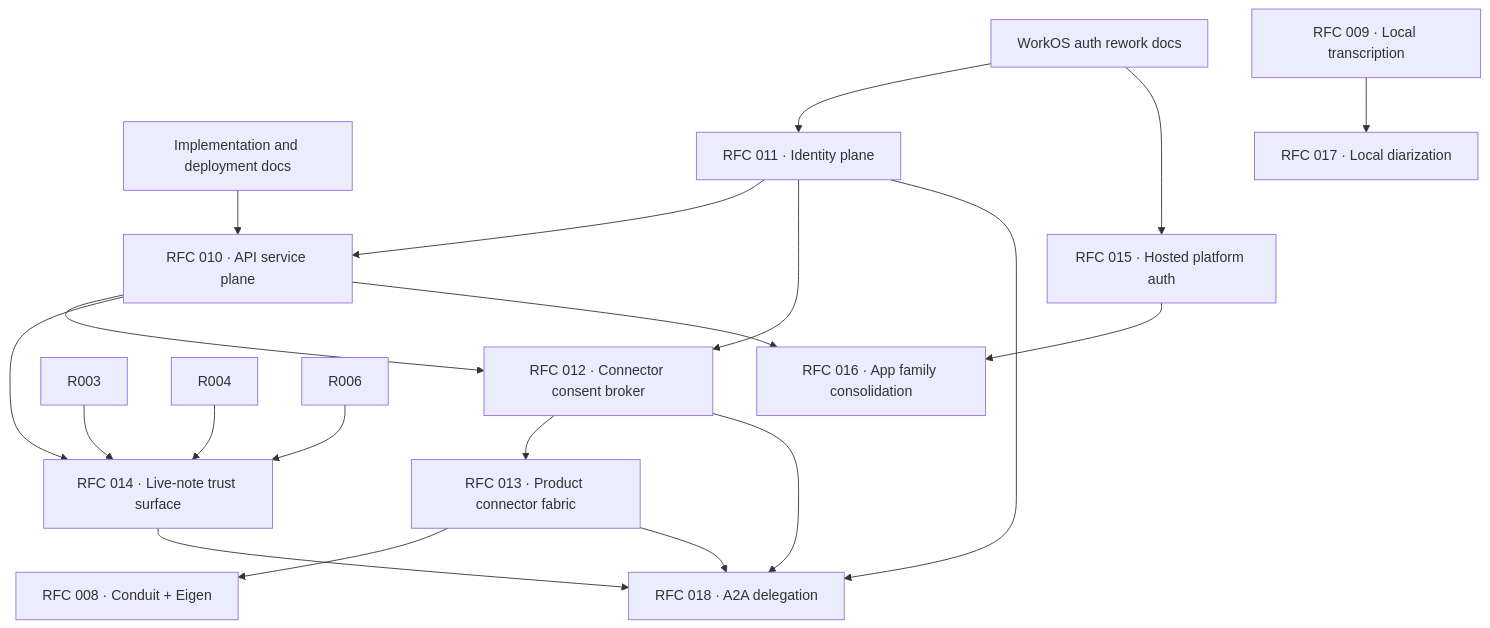
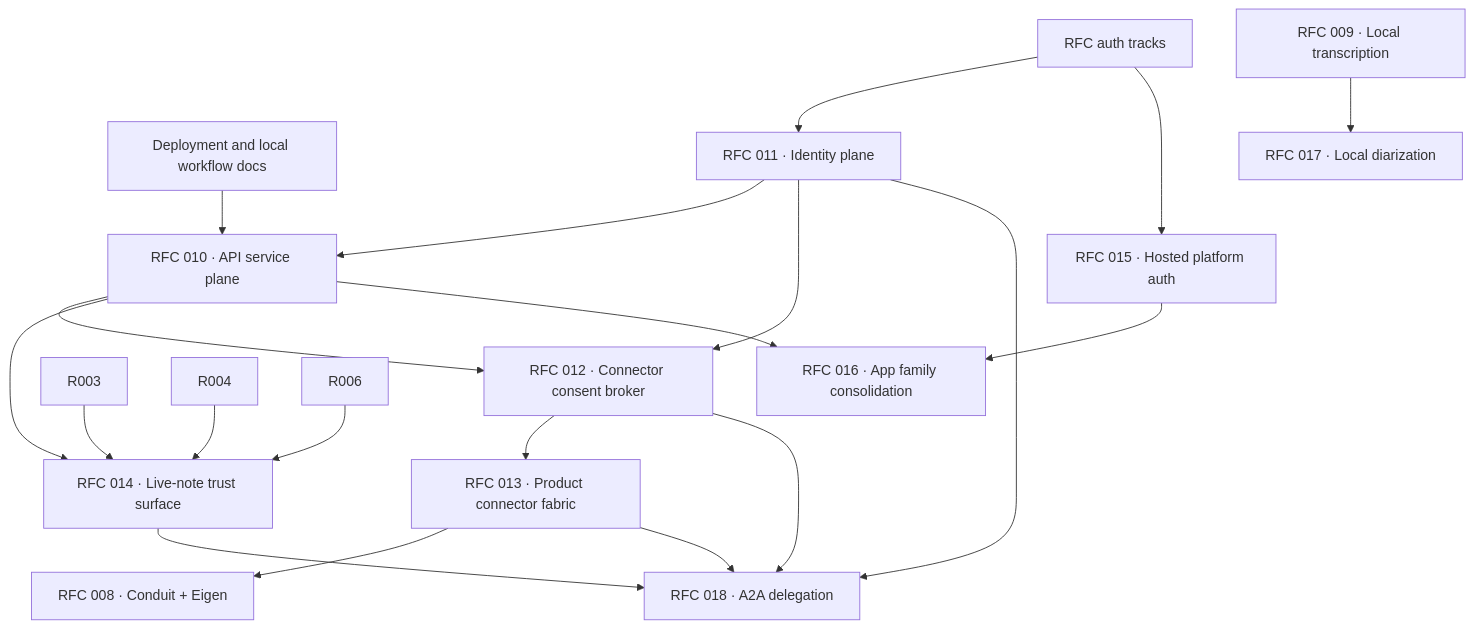
One commit to Oppulence-Engineering/Desktop-Assistant changed the second of 3 diagrams in apps/rfc/README.md. Above: the diagram before and after it, drawn with Mermaid. The commit also changed other lines of this file and 33 other files, not shown here.

````diff
--- a/apps/rfc/README.md
+++ b/apps/rfc/README.md
@@ -93,26 +92,26 @@
 ```mermaid
 flowchart TD
-    IMPL[Implementation and deployment docs] --> R010[RFC 010 · API service plane]
-    AUTHDOC[WorkOS auth rework docs] --> R011[RFC 011 · Identity plane]
-    AUTHDOC --> R015[RFC 015 · Hosted platform auth]
+    OPS[Deployment and local workflow docs] --> R010[RFC 010 · API service plane]
+    AUTH[RFC auth tracks] --> R011[RFC 011 · Identity plane]
+    AUTH --> R015[RFC 015 · Hosted platform auth]
 
     R011 --> R010
     R011 --> R012[RFC 012 · Connector consent broker]
     R010 --> R012
     R012 --> R013[RFC 013 · Product connector fabric]
     R013 --> R008X[RFC 008 · Conduit + Eigen]
 
     R010 --> R014[RFC 014 · Live-note trust surface]
     R003 --> R014
     R004 --> R014
     R006 --> R014
 
     R010 --> R016[RFC 016 · App family consolidation]
     R015 --> R016
     R009[RFC 009 · Local transcription] --> R017[RFC 017 · Local diarization]
 
     R011 --> R018[RFC 018 · A2A delegation]
     R012 --> R018
     R014 --> R018
     R013 --> R018
 ```
````
